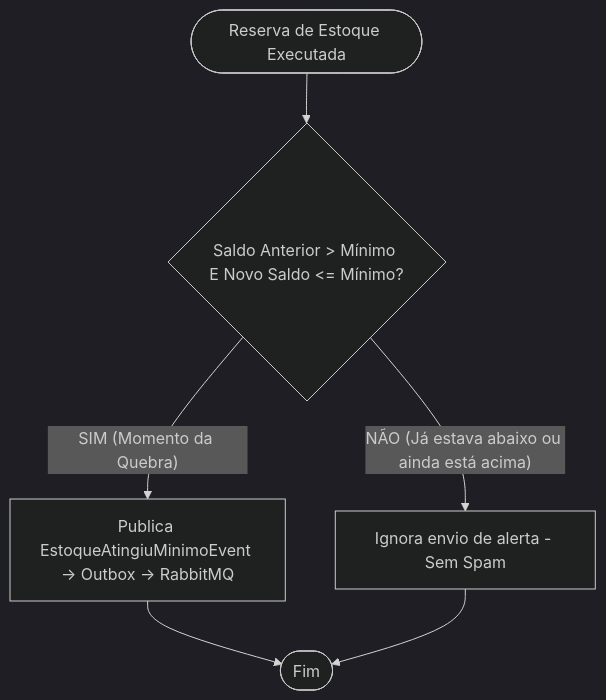
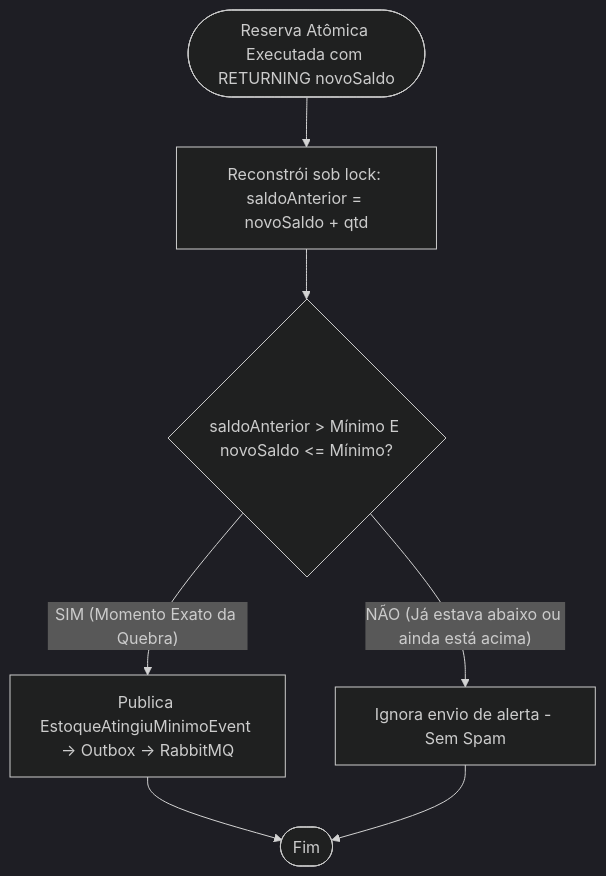
Before and after one commit to iXDGabrielTK/petshop-microservices: the third of 4 diagrams in docs/domains/inventory.md, drawn with Mermaid (dark theme). The commit also changed other lines of this file and 13 other files, not shown here.

````diff
--- a/docs/domains/inventory.md
+++ b/docs/domains/inventory.md
@@ -53,8 +58,9 @@
 ```mermaid
 flowchart TD
-    Inicio([Reserva de Estoque Executada]) --> Checagem{Saldo Anterior > Mínimo E Novo Saldo <= Mínimo?}
-    Checagem -- SIM (Momento da Quebra) --> Disparo[Publica EstoqueAtingiuMinimoEvent -> Outbox -> RabbitMQ]
+    Inicio([Reserva Atômica Executada com RETURNING novoSaldo]) --> Calculo[Reconstrói sob lock: saldoAnterior = novoSaldo + qtd]
+    Calculo --> Checagem{saldoAnterior > Mínimo E novoSaldo <= Mínimo?}
+    Checagem -- SIM (Momento Exato da Quebra) --> Disparo[Publica EstoqueAtingiuMinimoEvent -> Outbox -> RabbitMQ]
     Checagem -- NÃO (Já estava abaixo ou ainda está acima) --> Silencio[Ignora envio de alerta - Sem Spam]
     Disparo --> Fim([Fim])
     Silencio --> Fim
 ```
````
